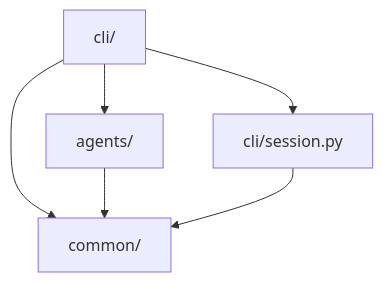
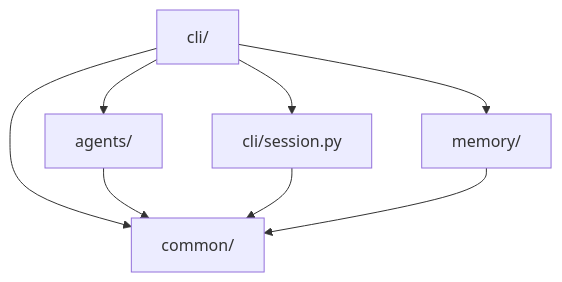
The fourth of 4 diagrams in docs/architecture.md (andreinakagawa/agentic-ai-basic-cli), drawn with Mermaid before and after one commit. The commit also changed other lines of this file and 1 other file, not shown here.

Commit message:
updating docs. architecture is more concise now and getting started helps claude in new sessions

````diff
--- a/docs/architecture.md
+++ b/docs/architecture.md
@@ -448,8 +325,10 @@
 ```mermaid
 graph TD
     CLI[cli/] --> SESS[cli/session.py]
     CLI --> AGENT[agents/]
     CLI --> COMMON[common/]
+    CLI --> MEMORY[memory/]
     AGENT --> COMMON
     SESS --> COMMON
+    MEMORY --> COMMON
 ```
````
